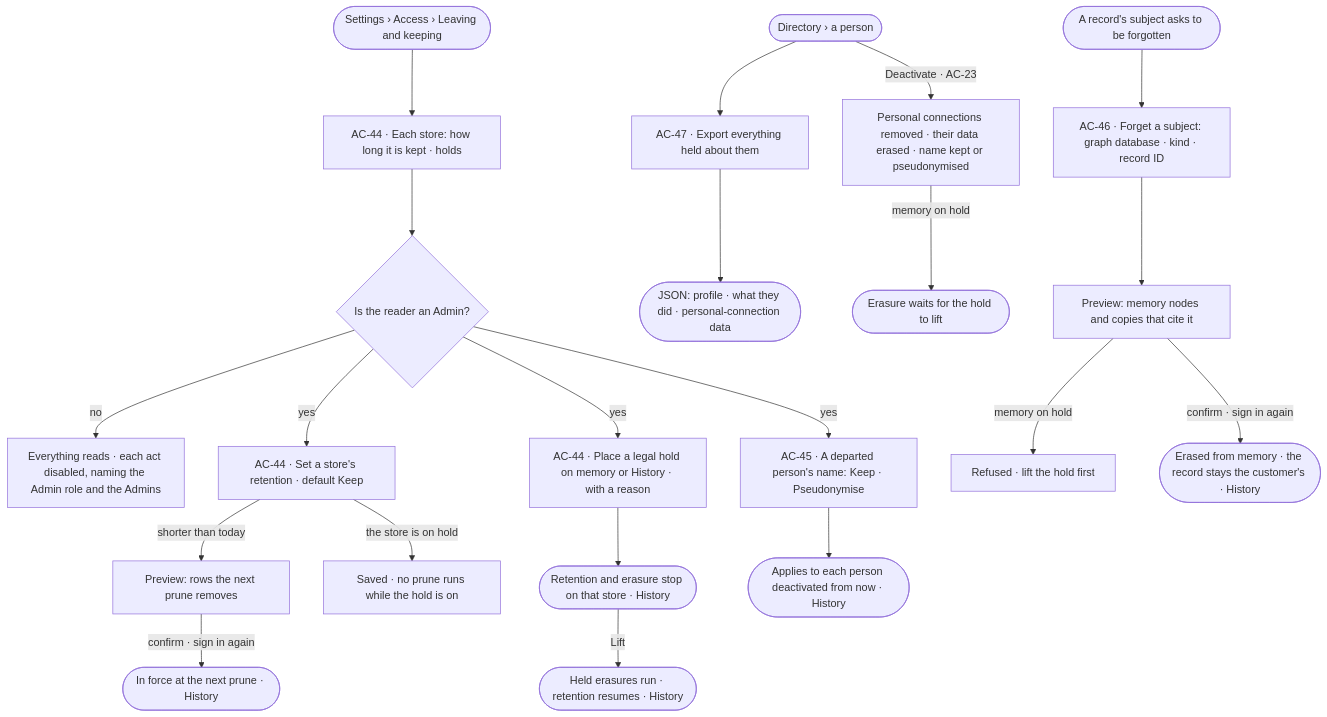
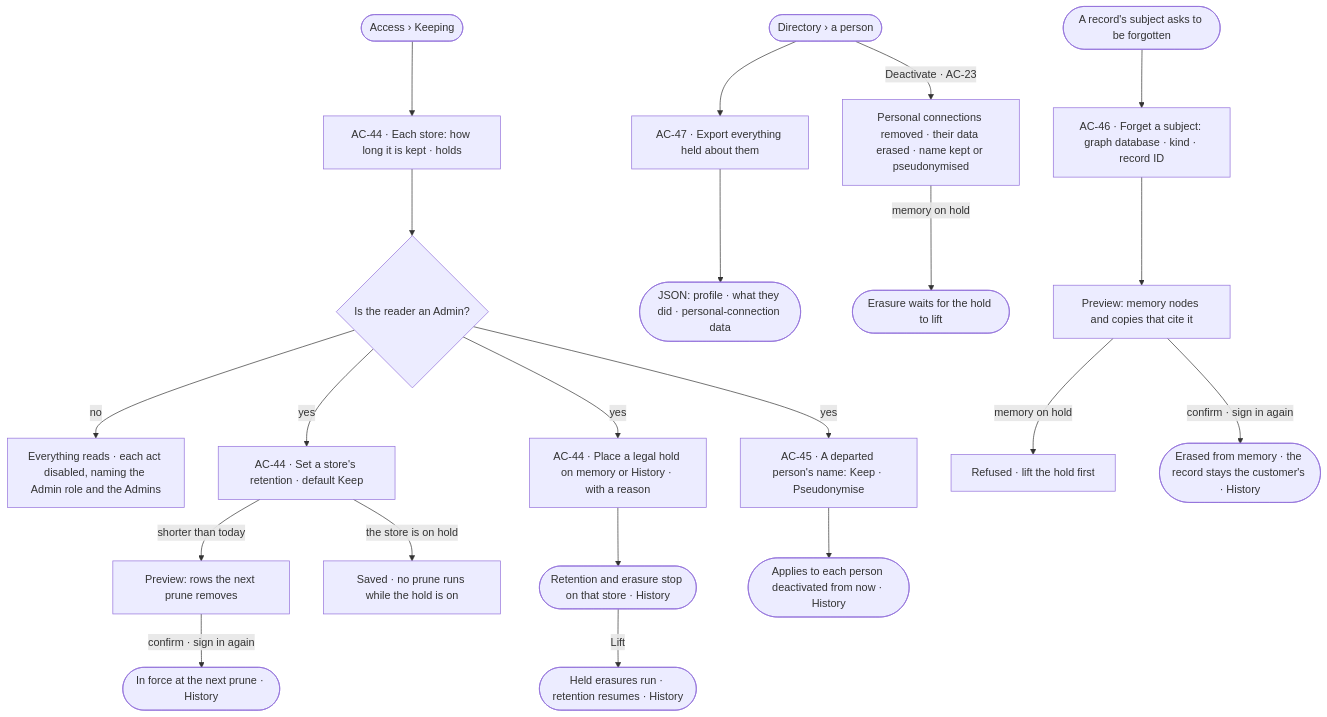
The first of 2 diagrams in specs/os/access/features/AC-F12-leaving-and-keeping/feature.md (invana/invana), drawn with Mermaid before and after one commit. The commit also changed other lines of this file and 133 other files, not shown here.

````diff
--- a/specs/os/access/features/AC-F12-leaving-and-keeping/feature.md
+++ b/specs/os/access/features/AC-F12-leaving-and-keeping/feature.md
@@ -27,23 +27,23 @@
 ```mermaid
 flowchart TD
-  start([Settings › Access › Leaving and keeping]) --> view["AC-44 · Each store: how long it is kept · holds"]
+  start([Access › Keeping]) --> view["AC-44 · Each store: how long it is kept · holds"]
   view --> who{"Is the reader an Admin?"}
   who -->|no| ro["Everything reads · each act disabled, naming the Admin role and the Admins"]
   who -->|yes| ret["AC-44 · Set a store's retention · default Keep"]
   ret -->|shorter than today| prev["Preview: rows the next prune removes"]
   prev -->|confirm · sign in again| saved(["In force at the next prune · History"])
   ret -->|the store is on hold| held["Saved · no prune runs while the hold is on"]
   who -->|yes| hold["AC-44 · Place a legal hold on memory or History · with a reason"]
   hold --> hsaved(["Retention and erasure stop on that store · History"])
   hsaved -->|Lift| lift(["Held erasures run · retention resumes · History"])
   who -->|yes| names["AC-45 · A departed person's name: Keep · Pseudonymise"]
   names --> nsaved(["Applies to each person deactivated from now · History"])
   dir([Directory › a person]) --> exp["AC-47 · Export everything held about them"]
   exp --> json(["JSON: profile · what they did · personal-connection data"])
   dir -->|Deactivate · AC-23| leave["Personal connections removed · their data erased · name kept or pseudonymised"]
   leave -->|memory on hold| wait(["Erasure waits for the hold to lift"])
   rec([A record's subject asks to be forgotten]) --> fg["AC-46 · Forget a subject: graph database · kind · record ID"]
   fg --> fprev["Preview: memory nodes and copies that cite it"]
   fprev -->|memory on hold| fr["Refused · lift the hold first"]
   fprev -->|confirm · sign in again| fdone(["Erased from memory · the record stays the customer's · History"])
 ```
````
